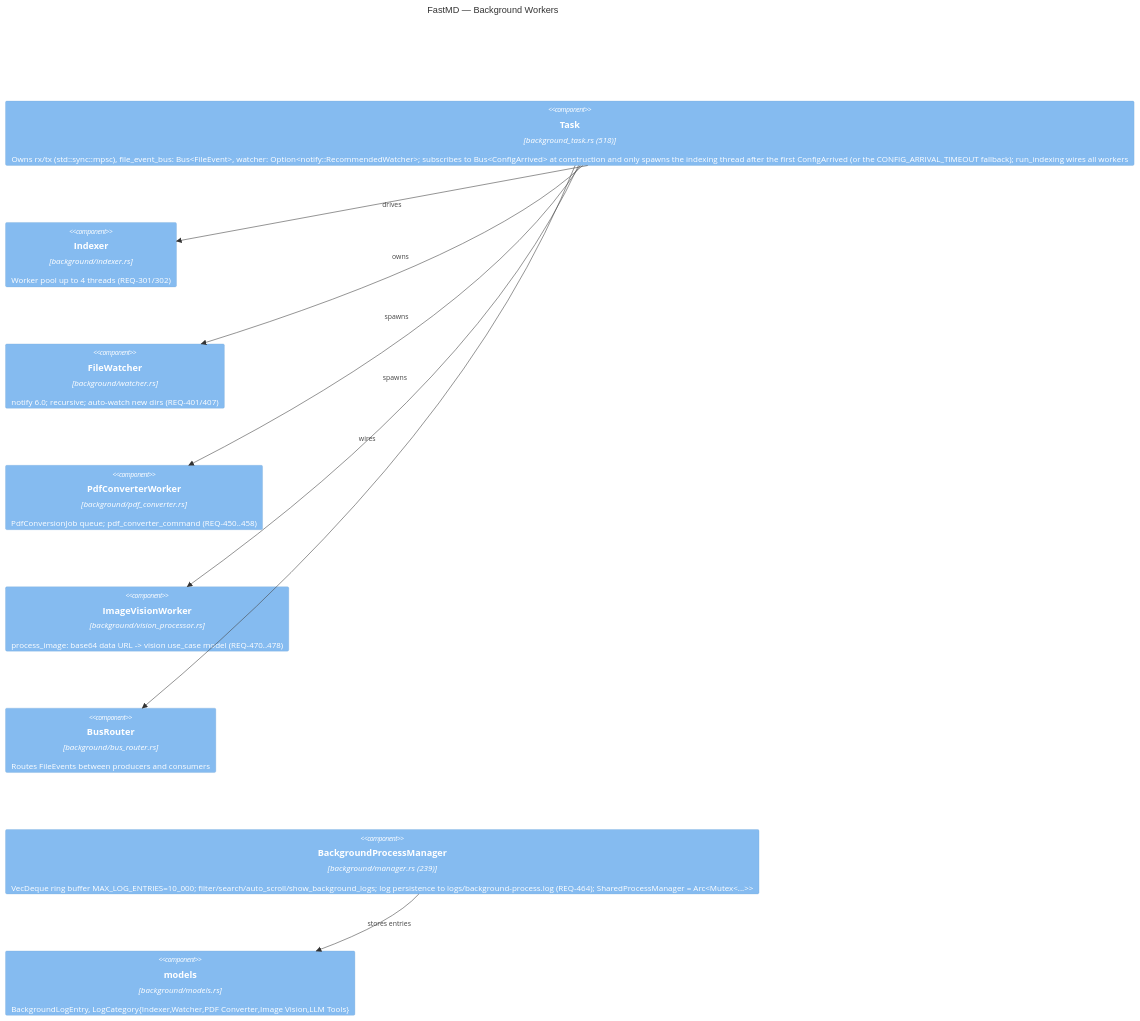
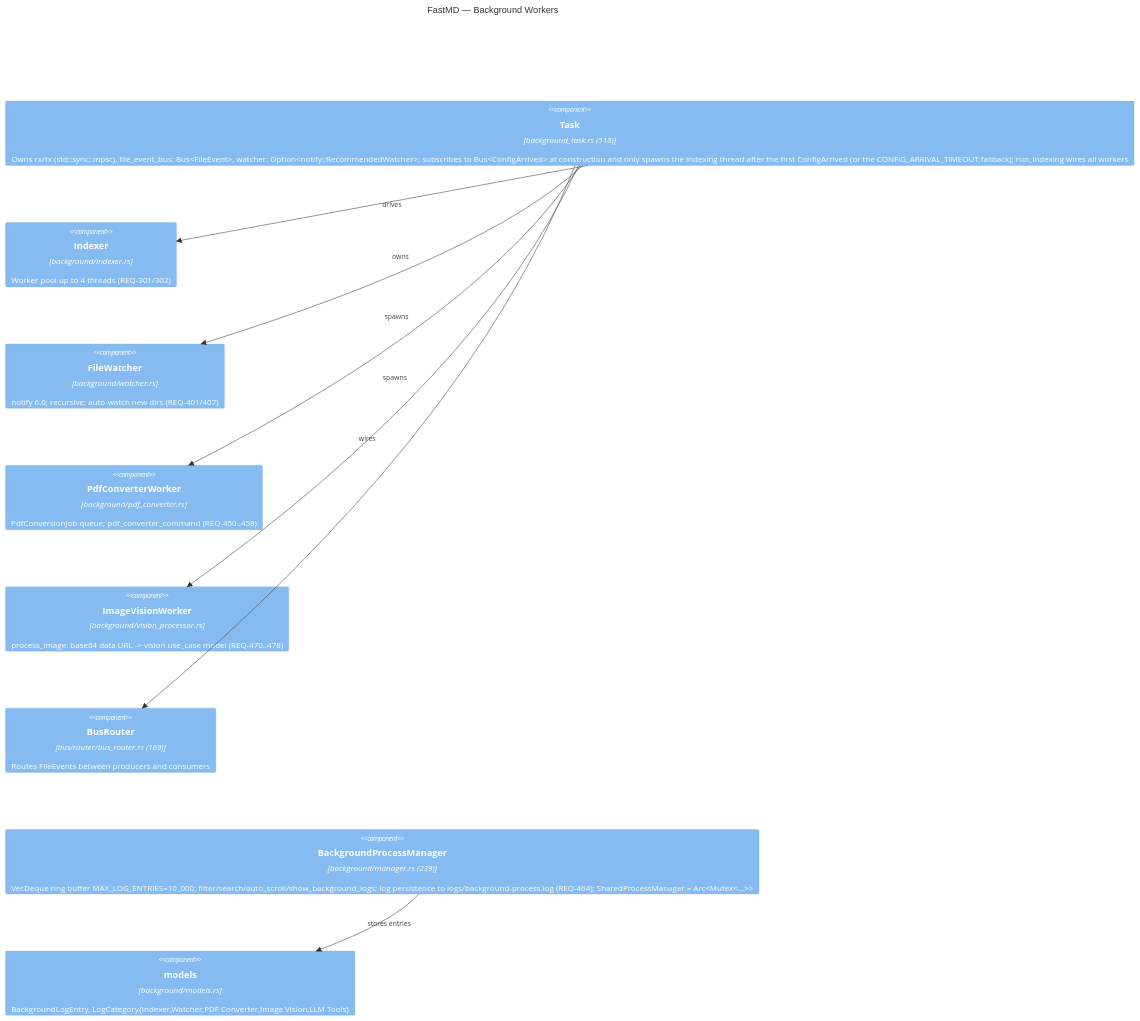
Before and after one commit to MartinKuhne/personal-productivity-ai: the sixth of 8 diagrams in doc/technical-context/ARCHITECTURE_C4.md, drawn with Mermaid. The commit also changed other lines of this file and 6 other files, not shown here.

Commit message:
docs: refactor specs to remove implementation details and amend ARCHITECTURE_C4.md with messaging architecture

````diff
--- a/doc/technical-context/ARCHITECTURE_C4.md
+++ b/doc/technical-context/ARCHITECTURE_C4.md
@@ -189,20 +189,20 @@
 ```mermaid
 C4Component
   title FastMD — Background Workers
 
   Component(task, "Task", "background_task.rs (518)", "Owns rx/tx (std::sync::mpsc), file_event_bus: Bus<FileEvent>, watcher: Option<notify::RecommendedWatcher>; subscribes to Bus<ConfigArrived> at construction and only spawns the indexing thread after the first ConfigArrived (or the CONFIG_ARRIVAL_TIMEOUT fallback); run_indexing wires all workers")
   Component(indexer, "Indexer", "background/indexer.rs", "Worker pool up to 4 threads (REQ-301/302)")
   Component(watcher, "FileWatcher", "background/watcher.rs", "notify 6.0; recursive; auto-watch new dirs (REQ-401/407)")
   Component(pdf, "PdfConverterWorker", "background/pdf_converter.rs", "PdfConversionJob queue; pdf_converter_command (REQ-450..458)")
   Component(vision, "ImageVisionWorker", "background/vision_processor.rs", "process_image: base64 data URL -> vision use_case model (REQ-470..478)")
-  Component(router, "BusRouter", "background/bus_router.rs", "Routes FileEvents between producers and consumers")
+  Component(router, "BusRouter", "bus/router/bus_router.rs (169)", "Routes FileEvents between producers and consumers")
   Component(bgmgr, "BackgroundProcessManager", "background/manager.rs (239)", "VecDeque ring buffer MAX_LOG_ENTRIES=10_000; filter/search/auto_scroll/show_background_logs; log persistence to logs/background-process.log (REQ-464); SharedProcessManager = Arc<Mutex<...>>")
   Component(bgmodels, "models", "background/models.rs", "BackgroundLogEntry, LogCategory{Indexer,Watcher,PDF Converter,Image Vision,LLM Tools}")
 
   Rel(task, indexer, "drives")
   Rel(task, watcher, "owns")
   Rel(task, pdf, "spawns")
   Rel(task, vision, "spawns")
   Rel(task, router, "wires")
   Rel(bgmgr, bgmodels, "stores entries")
 ```
````
